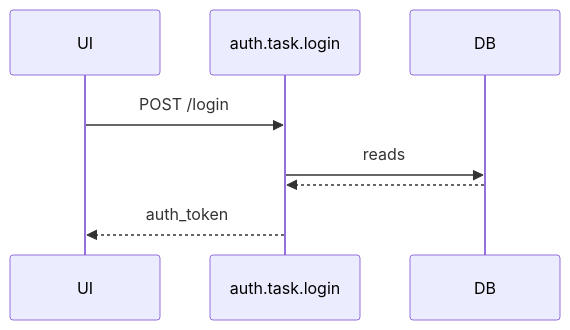
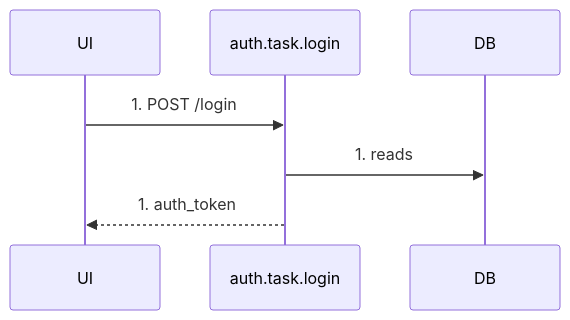
The first of 2 diagrams in docs/spec/views/sequence-diagram.md (hiroshiasayadev-prog/brewprint), drawn with Mermaid before and after one commit. The commit also changed other lines of this file and 2 other files, not shown here.

Commit message:
docs: Document sequence diagram message rendering rules

````diff
--- a/docs/spec/views/sequence-diagram.md
+++ b/docs/spec/views/sequence-diagram.md
@@ -275,11 +279,10 @@
 ```mermaid
 sequenceDiagram
   participant UI
   participant API as auth.task.login
   participant DB
 
-  UI->>API: POST /login
-  API->>DB: reads
-  DB-->>API: 
-  API-->>UI: auth_token
+  UI->>API: 1. POST /login
+  API->>DB: 1. reads
+  API-->>UI: 1. auth_token
 ```
````
